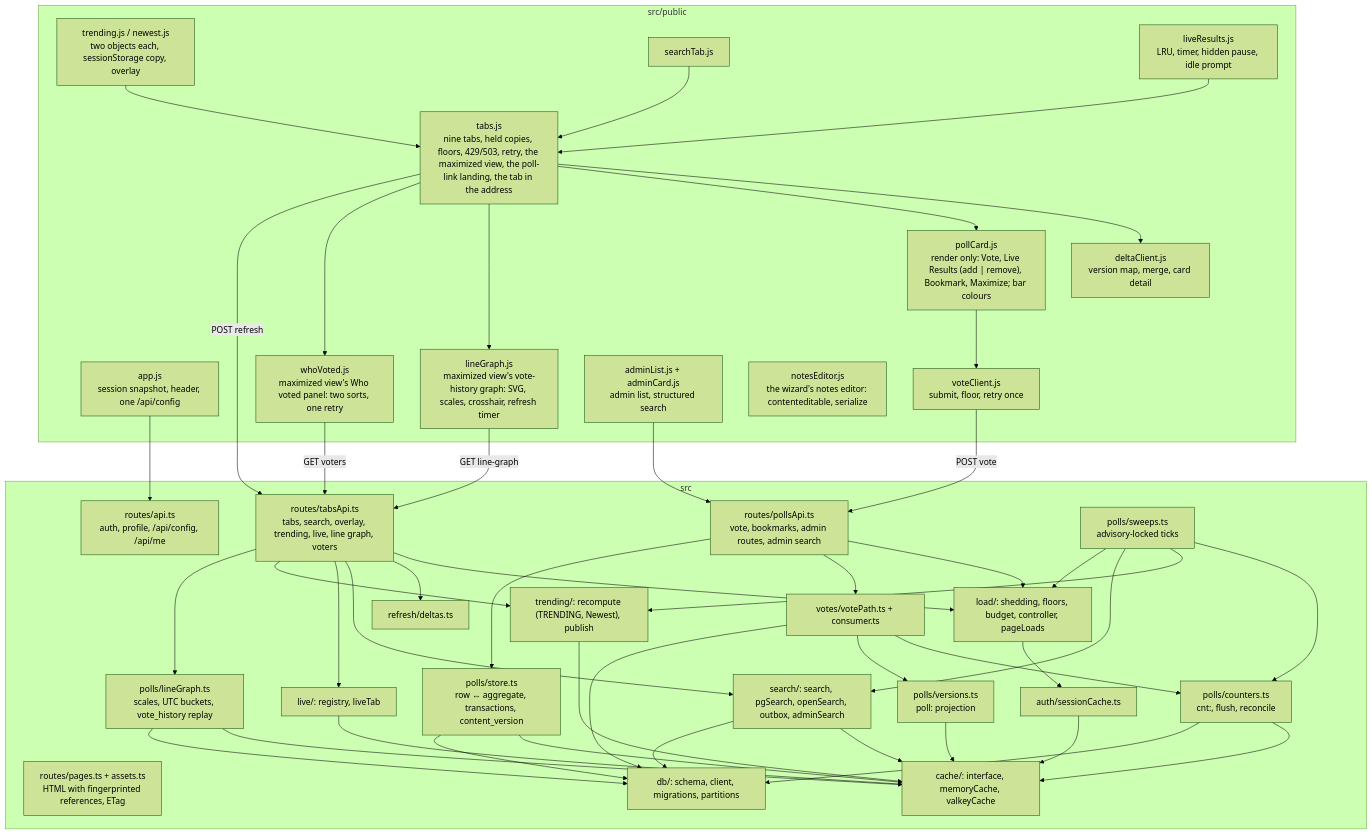
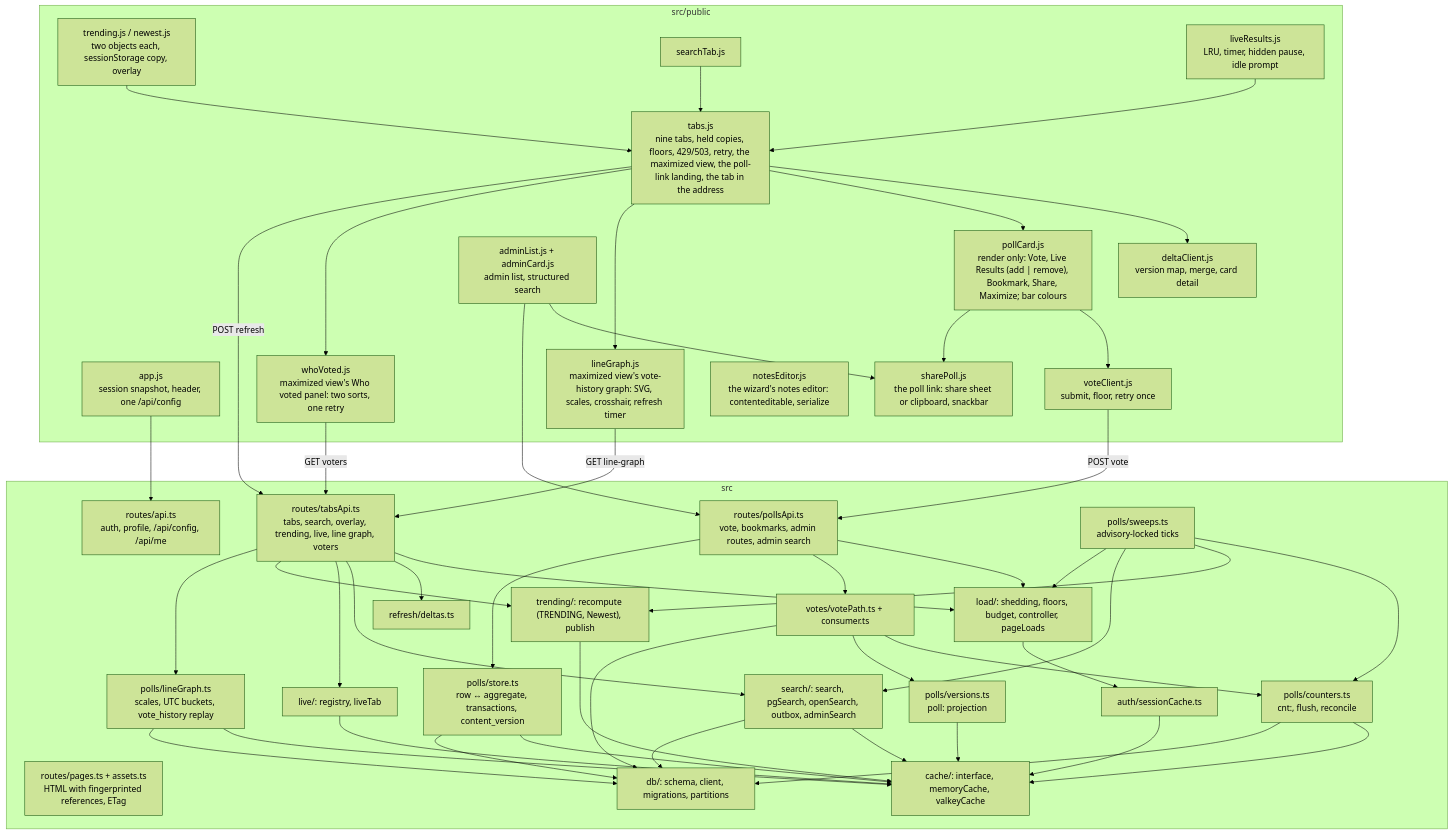
The third of 23 diagrams in ARCHITECTURE.md (roadraceresults/crowdpoll), drawn with Mermaid (forest theme) before and after one commit. The commit also changed other lines of this file and 57 other files, not shown here.

First line of the commit message:
DEEP-LINKS: poll links name the tab, the address names the maximized poll, a Share button

````diff
--- a/ARCHITECTURE.md
+++ b/ARCHITECTURE.md
@@ -83,55 +83,58 @@
 ```mermaid
 flowchart TB
   subgraph Client["src/public"]
     App["app.js<br/>session snapshot, header, one /api/config"]
     Tabs["tabs.js<br/>nine tabs, held copies, floors, 429/503, retry, the maximized view, the poll-link landing, the tab in the address"]
     Trending["trending.js / newest.js<br/>two objects each, sessionStorage copy, overlay"]
     SearchTab["searchTab.js"]
     Live["liveResults.js<br/>LRU, timer, hidden pause, idle prompt"]
     Delta["deltaClient.js<br/>version map, merge, card detail"]
     Vote["voteClient.js<br/>submit, floor, retry once"]
-    Card["pollCard.js<br/>render only: Vote, Live Results (add | remove), Bookmark, Maximize; bar colours"]
+    Card["pollCard.js<br/>render only: Vote, Live Results (add | remove), Bookmark, Share, Maximize; bar colours"]
+    Share["sharePoll.js<br/>the poll link: share sheet or clipboard, snackbar"]
     Graph["lineGraph.js<br/>maximized view's vote-history graph: SVG, scales, crosshair, refresh timer"]
     Voters["whoVoted.js<br/>maximized view's Who voted panel: two sorts, one retry"]
     Admin["adminList.js + adminCard.js<br/>admin list, structured search"]
     Notes["notesEditor.js<br/>the wizard's notes editor: contenteditable, serialize"]
   end
 
   subgraph Server["src"]
     Pipeline["load/: shedding, floors, budget, controller, pageLoads"]
     TabsApi["routes/tabsApi.ts<br/>tabs, search, overlay, trending, live, line graph, voters"]
     LineGraph["polls/lineGraph.ts<br/>scales, UTC buckets, vote_history replay"]
     PollsApi["routes/pollsApi.ts<br/>vote, bookmarks, admin routes, admin search"]
     Api["routes/api.ts<br/>auth, profile, /api/config, /api/me"]
     Pages["routes/pages.ts + assets.ts<br/>HTML with fingerprinted references, ETag"]
     Sessions["auth/sessionCache.ts"]
     Store["polls/store.ts<br/>row ↔ aggregate, transactions, content_version"]
     Counters["polls/counters.ts<br/>cnt:<pid>, flush, reconcile"]
     Versions["polls/versions.ts<br/>poll:<pid> projection"]
     Deltas["refresh/deltas.ts"]
     VotePath["votes/votePath.ts + consumer.ts"]
     Search["search/: search, pgSearch, openSearch, outbox, adminSearch"]
     TrendingS["trending/: recompute (TRENDING, Newest), publish"]
     LiveS["live/: registry, liveTab"]
     Sweeps["polls/sweeps.ts<br/>advisory-locked ticks"]
     Cache["cache/: interface, memoryCache, valkeyCache"]
     Db["db/: schema, client, migrations, partitions"]
   end
 
   Tabs --> Delta & Card & Graph & Voters
   Graph -- "GET line-graph" --> TabsApi
   Voters -- "GET voters" --> TabsApi
   Trending & SearchTab & Live --> Tabs
   Card --> Vote
+  Card --> Share
+  Admin --> Share
   Tabs -- "POST refresh" --> TabsApi
   Vote -- "POST vote" --> PollsApi
   Admin --> PollsApi
   App --> Api
   TabsApi & PollsApi --> Pipeline --> Sessions
   TabsApi --> Deltas & Search & LiveS & TrendingS & LineGraph
   PollsApi --> VotePath & Store
   VotePath --> Counters & Versions
   Sweeps --> Counters & TrendingS & Search & Pipeline
   Store & Counters & Versions & Search & LiveS & TrendingS & Sessions & LineGraph --> Cache
   Store & Counters & Search & VotePath & LineGraph --> Db
 ```
````
